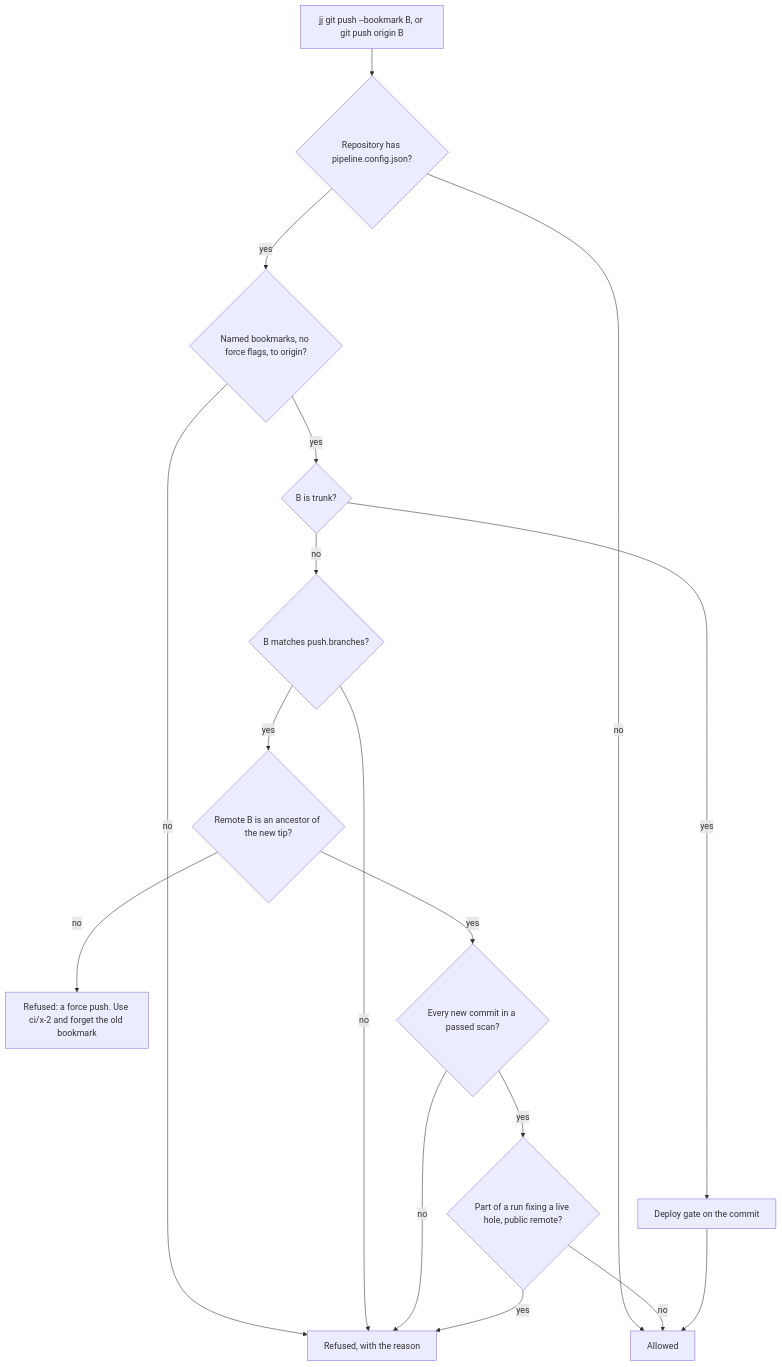
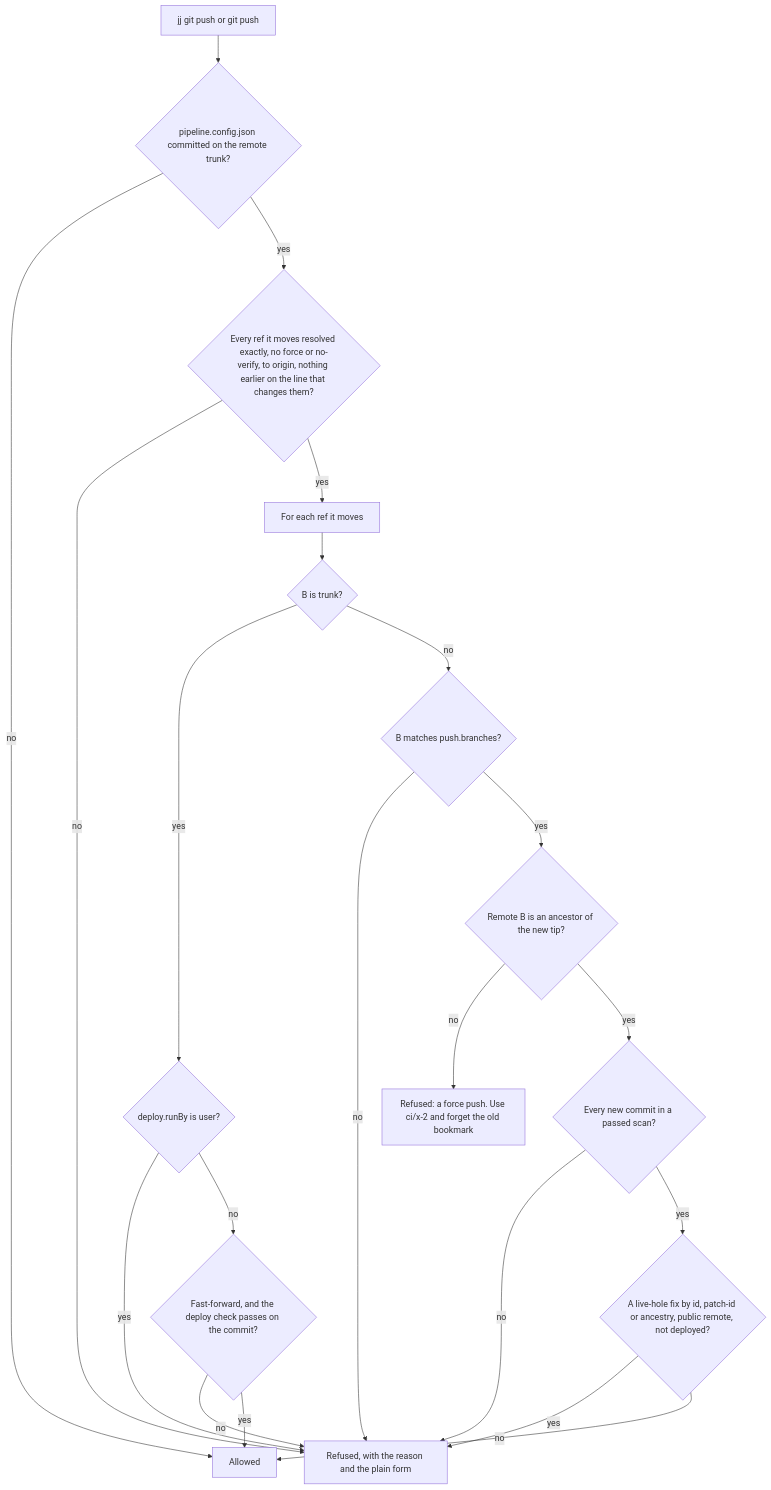
One commit to jwhitlow45/agent-pipeline changed diagram 11 of 12 in docs/diagrams.md. Above: the diagram before and after it, drawn with Mermaid. The commit also changed other lines of this file and 6 other files, not shown here.

Commit message:
docs: say what the gate, ci, scan, rebase, deploy and abandon now do, where gate keys come from, and how PATH can shadow the cli

````diff
--- a/docs/diagrams.md
+++ b/docs/diagrams.md
@@ -196,19 +200,23 @@
 ```mermaid
 flowchart TD
-    cmd["jj git push --bookmark B, or git push origin B"] --> config{"Repository has pipeline.config.json?"}
+    cmd["jj git push or git push"] --> config{"pipeline.config.json committed on the remote trunk?"}
     config -->|"no"| allow["Allowed"]
-    config -->|"yes"| form{"Named bookmarks, no force flags, to origin?"}
-    form -->|"no"| refuse["Refused, with the reason"]
-    form -->|"yes"| trunk{"B is trunk?"}
-    trunk -->|"yes"| deploygate["Deploy gate on the commit"]
+    config -->|"yes"| form{"Every ref it moves resolved exactly, no force or no-verify, to origin, nothing earlier on the line that changes them?"}
+    form -->|"no"| refuse["Refused, with the reason and the plain form"]
+    form -->|"yes"| each["For each ref it moves"]
+    each --> trunk{"B is trunk?"}
+    trunk -->|"yes"| runby{"deploy.runBy is user?"}
+    runby -->|"yes"| refuse
+    runby -->|"no"| deploygate{"Fast-forward, and the deploy check passes on the commit?"}
+    deploygate -->|"no"| refuse
+    deploygate -->|"yes"| allow
     trunk -->|"no"| branch{"B matches push.branches?"}
     branch -->|"no"| refuse
     branch -->|"yes"| ancestor{"Remote B is an ancestor of the new tip?"}
     ancestor -->|"no"| newname["Refused: a force push. Use ci/x-2 and forget the old bookmark"]
     ancestor -->|"yes"| scanned{"Every new commit in a passed scan?"}
     scanned -->|"no"| refuse
-    scanned -->|"yes"| hole{"Part of a run fixing a live hole, public remote?"}
+    scanned -->|"yes"| hole{"A live-hole fix by id, patch-id or ancestry, public remote, not deployed?"}
     hole -->|"yes"| refuse
     hole -->|"no"| allow
-    deploygate --> allow
 ```
````
